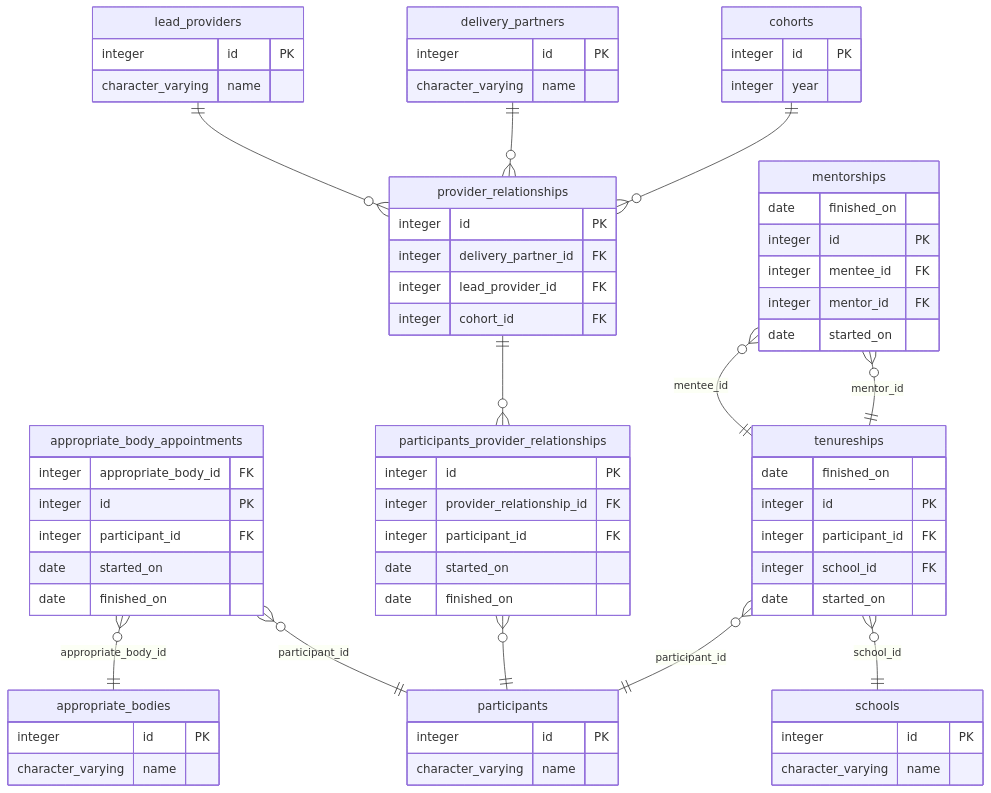
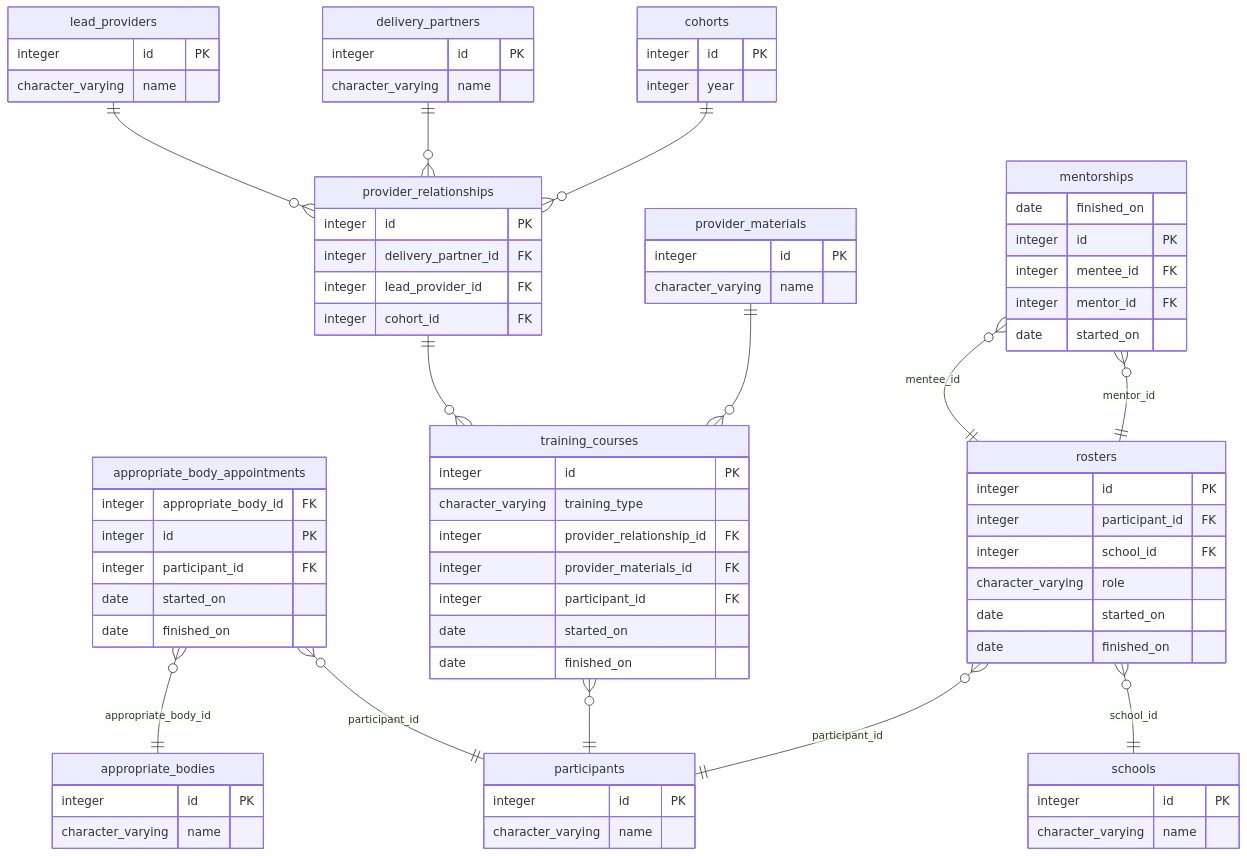
One commit to DFE-Digital/ecf-data-model-prototypes-separate changed the diagram in README.md. Above: the diagram before and after it, drawn with Mermaid. The commit also changed other lines of this file and 1 other file, not shown here.

Commit message:
Update mermaid diagram and pluralize training_course

````diff
--- a/README.md
+++ b/README.md
@@ -60,9 +60,16 @@
         integer cohort_id FK
     }
 
-    participants_provider_relationships {
+    provider_materials {
         integer id PK
+        character_varying name
+    }
+        
+    training_courses {
+        integer id PK
+        character_varying training_type
         integer provider_relationship_id FK
+        integer provider_materials_id FK
         integer participant_id FK
         date started_on
         date finished_on
@@ -96,26 +103,29 @@
         character_varying name
     }
 
-    tenureships {
-        date finished_on
+    rosters {
         integer id PK
         integer participant_id FK
         integer school_id FK
+        character_varying role
         date started_on
+        date finished_on
     }
 
     appropriate_body_appointments }o--|| appropriate_bodies : "appropriate_body_id"
     appropriate_body_appointments }o--|| participants : "participant_id"
 
-    mentorships }o--|| tenureships : "mentee_id"
-    mentorships }o--|| tenureships : "mentor_id"
-    tenureships }o--|| participants : "participant_id"
-    tenureships }o--|| schools : "school_id"
+    mentorships }o--|| rosters : "mentee_id"
+    mentorships }o--|| rosters : "mentor_id"
+    rosters }o--|| participants : "participant_id"
+    rosters }o--|| schools : "school_id"
 
     lead_providers ||--o{ provider_relationships : ""
     delivery_partners ||--o{ provider_relationships : ""
     cohorts ||--o{ provider_relationships : ""
 
-    provider_relationships ||--o{ participants_provider_relationships : ""
-    participants_provider_relationships }o--|| participants : ""
+    provider_relationships ||--o{ training_courses : ""
+    provider_materials ||--o{ training_courses : ""
+    training_courses }o--|| participants : ""
+
 ```
````
